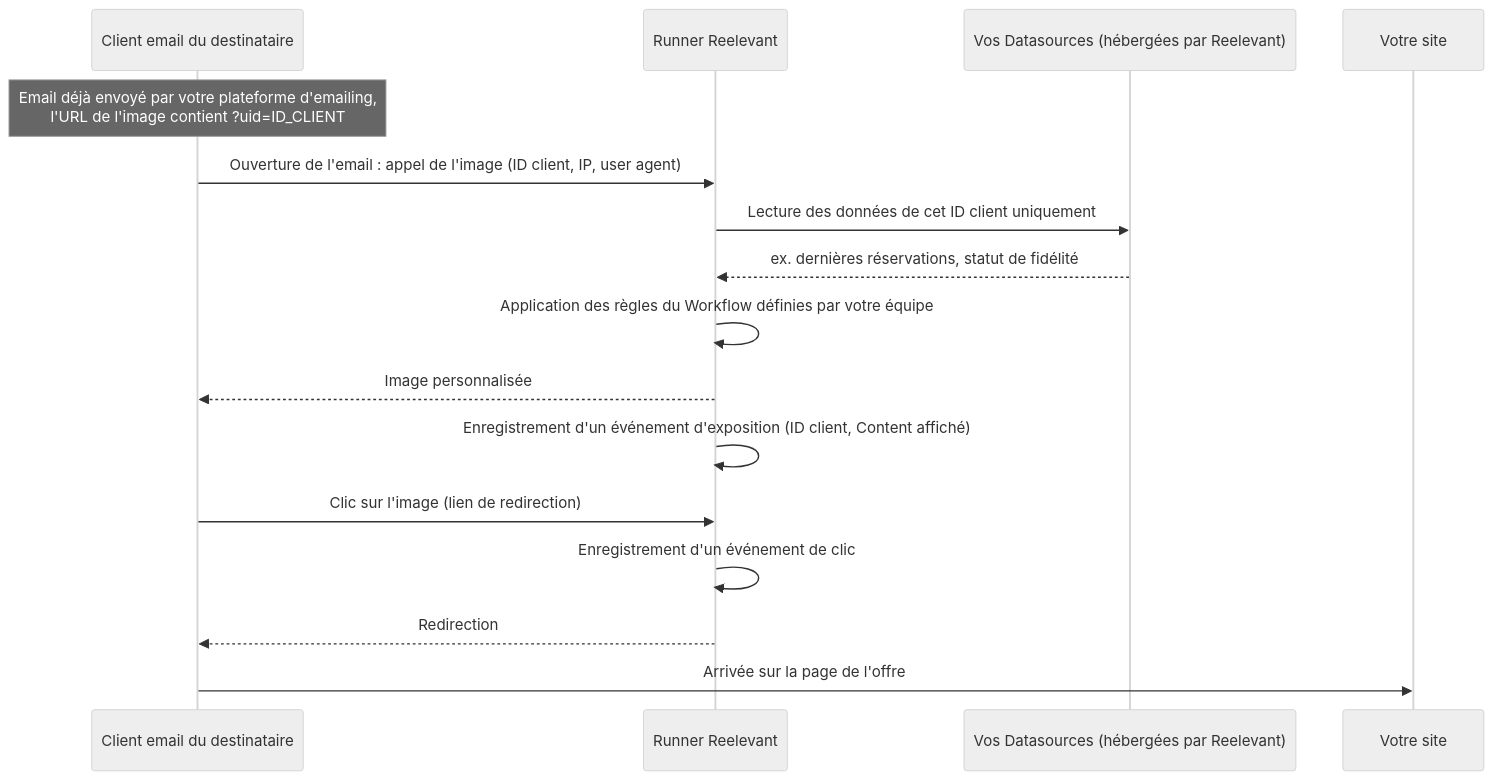
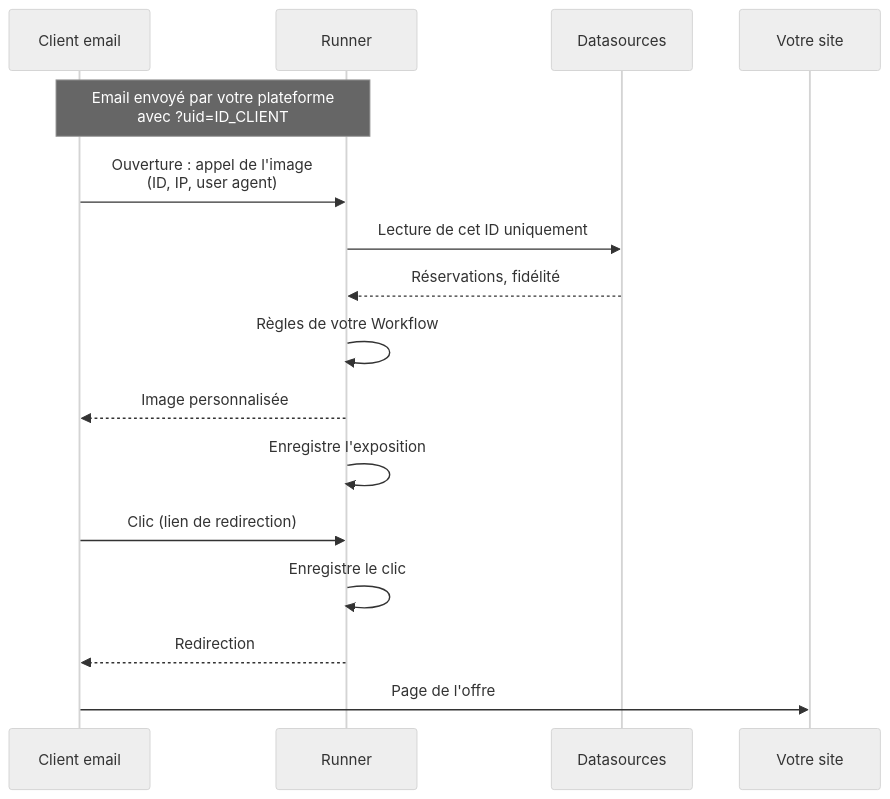
Before and after one commit to reelevant-tech/product-documentation: the second of 4 diagrams in fr/why-reelevant/data-protection/overview.mdx, drawn with Mermaid (neutral theme). The commit also changed other lines of this file and 3 other files, not shown here.

Commit message:
docs(why-reelevant): make DPO diagrams vertical and shorten labels for readability

````diff
--- a/fr/why-reelevant/data-protection/overview.mdx
+++ b/fr/why-reelevant/data-protection/overview.mdx
@@ -61,19 +62,19 @@
 ```mermaid
 sequenceDiagram
-    participant R as Client email du destinataire
-    participant RUN as Runner Reelevant
-    participant DS as Vos Datasources (hébergées par Reelevant)
+    participant R as Client email
+    participant RUN as Runner
+    participant DS as Datasources
     participant SITE as Votre site
 
-    Note over R: Email déjà envoyé par votre plateforme d'emailing,<br/>l'URL de l'image contient ?uid=ID_CLIENT
-    R->>RUN: Ouverture de l'email : appel de l'image (ID client, IP, user agent)
-    RUN->>DS: Lecture des données de cet ID client uniquement
-    DS-->>RUN: ex. dernières réservations, statut de fidélité
-    RUN->>RUN: Application des règles du Workflow définies par votre équipe
+    Note over R,RUN: Email envoyé par votre plateforme<br/>avec ?uid=ID_CLIENT
+    R->>RUN: Ouverture : appel de l'image<br/>(ID, IP, user agent)
+    RUN->>DS: Lecture de cet ID uniquement
+    DS-->>RUN: Réservations, fidélité
+    RUN->>RUN: Règles de votre Workflow
     RUN-->>R: Image personnalisée
-    RUN->>RUN: Enregistrement d'un événement d'exposition (ID client, Content affiché)
-    R->>RUN: Clic sur l'image (lien de redirection)
-    RUN->>RUN: Enregistrement d'un événement de clic
+    RUN->>RUN: Enregistre l'exposition
+    R->>RUN: Clic (lien de redirection)
+    RUN->>RUN: Enregistre le clic
     RUN-->>R: Redirection
-    R->>SITE: Arrivée sur la page de l'offre
+    R->>SITE: Page de l'offre
 ```
````
